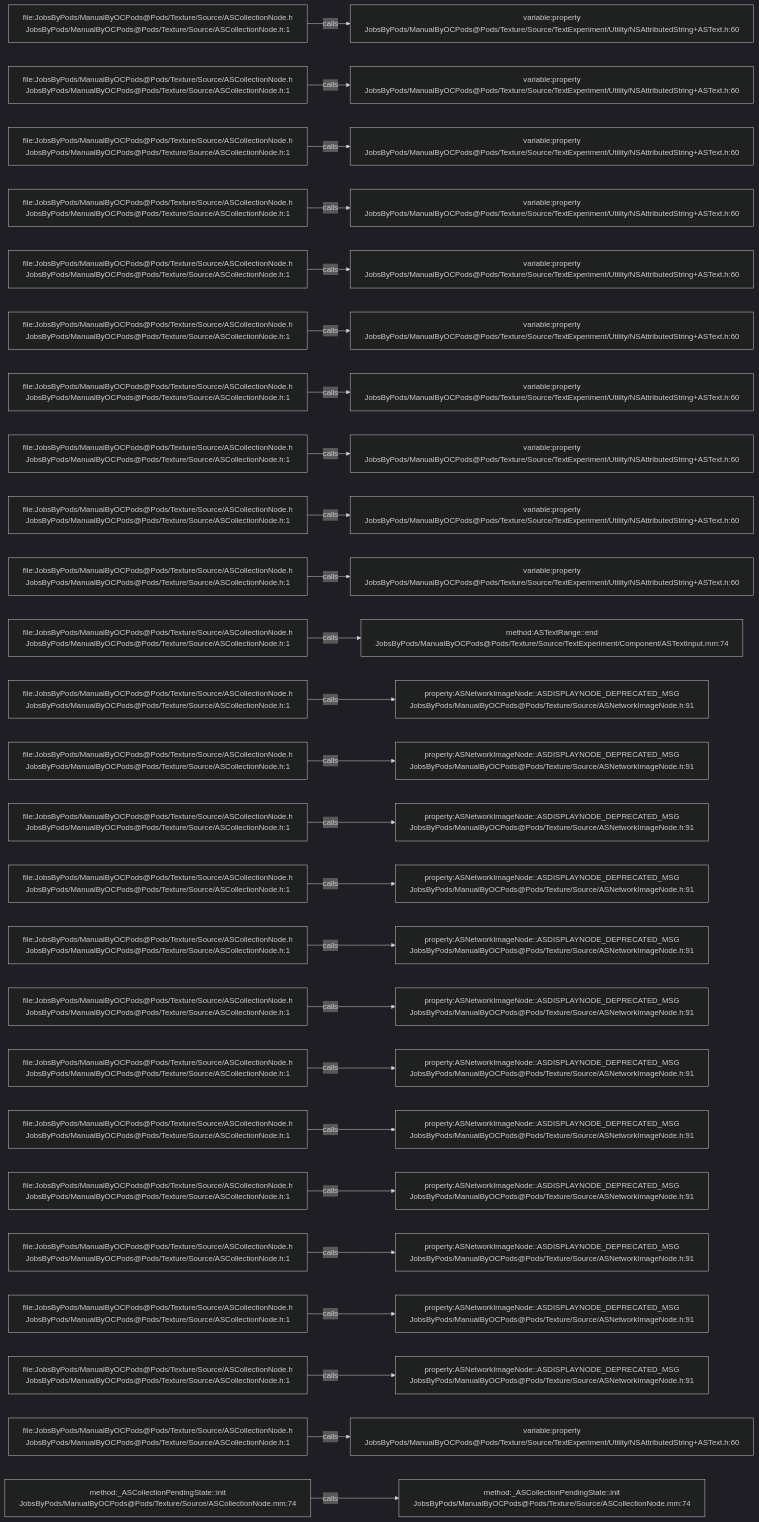
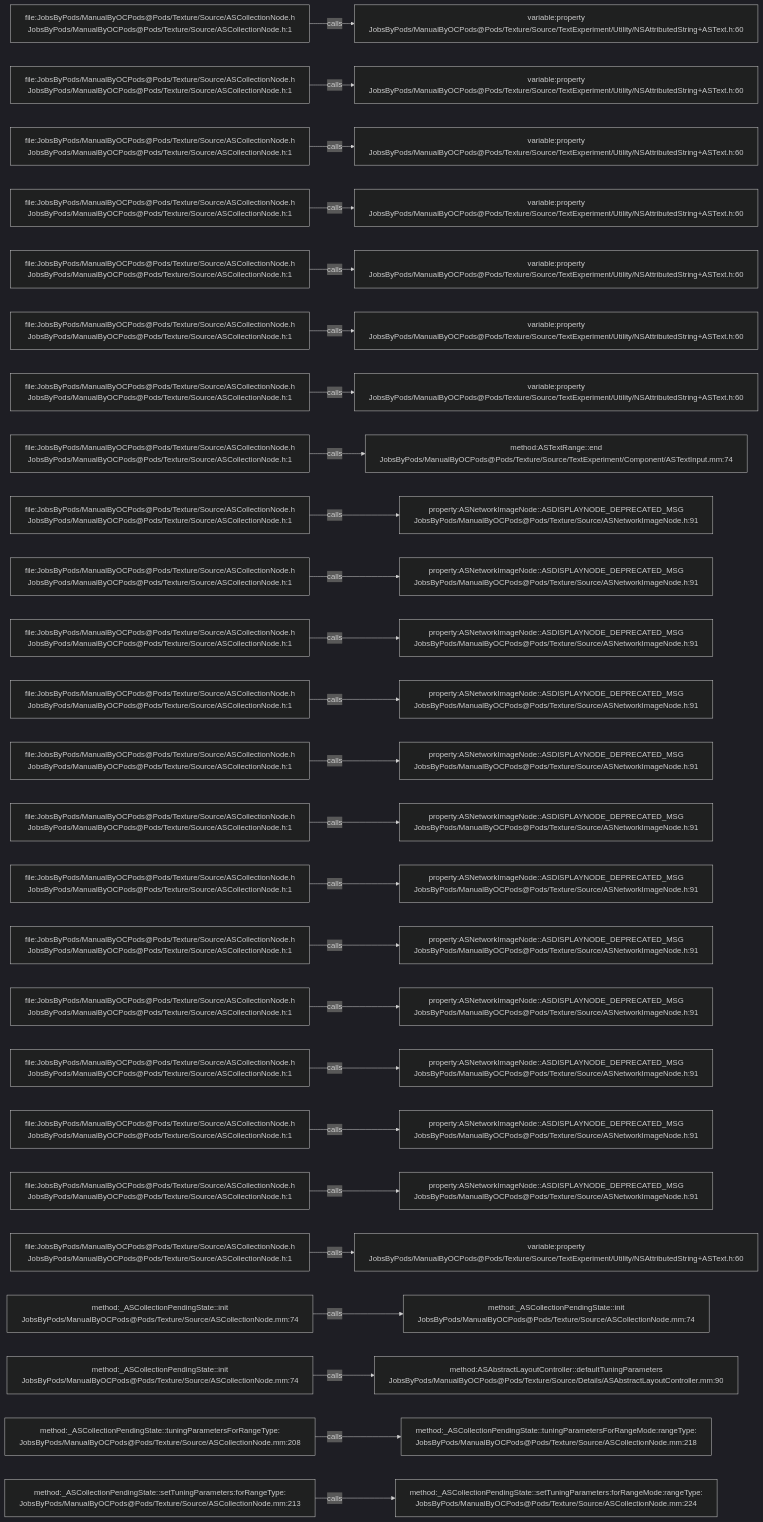
Before and after one commit to JobsKits/JobsOCBaseConfigDemo: the diagram in .codegraph/codegraph.md/graphs/calls-077.md, drawn with Mermaid (dark theme). The commit also changed 342 other files, not shown here.

````diff
--- a/.codegraph/codegraph.md/graphs/calls-077.md
+++ b/.codegraph/codegraph.md/graphs/calls-077.md
@@ -13,78 +13,78 @@
 ```mermaid
 flowchart LR
   S1["file:JobsByPods/ManualByOCPods@Pods/Texture/Source/ASCollectionNode.h<br/>JobsByPods/ManualByOCPods@Pods/Texture/Source/ASCollectionNode.h:1"]
   T1["variable:property<br/>JobsByPods/ManualByOCPods@Pods/Texture/Source/TextExperiment/Utility/NSAttributedString+ASText.h:60"]
   S1 -->|calls| T1
   S2["file:JobsByPods/ManualByOCPods@Pods/Texture/Source/ASCollectionNode.h<br/>JobsByPods/ManualByOCPods@Pods/Texture/Source/ASCollectionNode.h:1"]
   T2["variable:property<br/>JobsByPods/ManualByOCPods@Pods/Texture/Source/TextExperiment/Utility/NSAttributedString+ASText.h:60"]
   S2 -->|calls| T2
   S3["file:JobsByPods/ManualByOCPods@Pods/Texture/Source/ASCollectionNode.h<br/>JobsByPods/ManualByOCPods@Pods/Texture/Source/ASCollectionNode.h:1"]
   T3["variable:property<br/>JobsByPods/ManualByOCPods@Pods/Texture/Source/TextExperiment/Utility/NSAttributedString+ASText.h:60"]
   S3 -->|calls| T3
   S4["file:JobsByPods/ManualByOCPods@Pods/Texture/Source/ASCollectionNode.h<br/>JobsByPods/ManualByOCPods@Pods/Texture/Source/ASCollectionNode.h:1"]
   T4["variable:property<br/>JobsByPods/ManualByOCPods@Pods/Texture/Source/TextExperiment/Utility/NSAttributedString+ASText.h:60"]
   S4 -->|calls| T4
   S5["file:JobsByPods/ManualByOCPods@Pods/Texture/Source/ASCollectionNode.h<br/>JobsByPods/ManualByOCPods@Pods/Texture/Source/ASCollectionNode.h:1"]
   T5["variable:property<br/>JobsByPods/ManualByOCPods@Pods/Texture/Source/TextExperiment/Utility/NSAttributedString+ASText.h:60"]
   S5 -->|calls| T5
   S6["file:JobsByPods/ManualByOCPods@Pods/Texture/Source/ASCollectionNode.h<br/>JobsByPods/ManualByOCPods@Pods/Texture/Source/ASCollectionNode.h:1"]
   T6["variable:property<br/>JobsByPods/ManualByOCPods@Pods/Texture/Source/TextExperiment/Utility/NSAttributedString+ASText.h:60"]
   S6 -->|calls| T6
   S7["file:JobsByPods/ManualByOCPods@Pods/Texture/Source/ASCollectionNode.h<br/>JobsByPods/ManualByOCPods@Pods/Texture/Source/ASCollectionNode.h:1"]
   T7["variable:property<br/>JobsByPods/ManualByOCPods@Pods/Texture/Source/TextExperiment/Utility/NSAttributedString+ASText.h:60"]
   S7 -->|calls| T7
   S8["file:JobsByPods/ManualByOCPods@Pods/Texture/Source/ASCollectionNode.h<br/>JobsByPods/ManualByOCPods@Pods/Texture/Source/ASCollectionNode.h:1"]
-  T8["variable:property<br/>JobsByPods/ManualByOCPods@Pods/Texture/Source/TextExperiment/Utility/NSAttributedString+ASText.h:60"]
+  T8["method:ASTextRange::end<br/>JobsByPods/ManualByOCPods@Pods/Texture/Source/TextExperiment/Component/ASTextInput.mm:74"]
   S8 -->|calls| T8
   S9["file:JobsByPods/ManualByOCPods@Pods/Texture/Source/ASCollectionNode.h<br/>JobsByPods/ManualByOCPods@Pods/Texture/Source/ASCollectionNode.h:1"]
-  T9["variable:property<br/>JobsByPods/ManualByOCPods@Pods/Texture/Source/TextExperiment/Utility/NSAttributedString+ASText.h:60"]
+  T9["property:ASNetworkImageNode::ASDISPLAYNODE_DEPRECATED_MSG<br/>JobsByPods/ManualByOCPods@Pods/Texture/Source/ASNetworkImageNode.h:91"]
   S9 -->|calls| T9
   S10["file:JobsByPods/ManualByOCPods@Pods/Texture/Source/ASCollectionNode.h<br/>JobsByPods/ManualByOCPods@Pods/Texture/Source/ASCollectionNode.h:1"]
-  T10["variable:property<br/>JobsByPods/ManualByOCPods@Pods/Texture/Source/TextExperiment/Utility/NSAttributedString+ASText.h:60"]
+  T10["property:ASNetworkImageNode::ASDISPLAYNODE_DEPRECATED_MSG<br/>JobsByPods/ManualByOCPods@Pods/Texture/Source/ASNetworkImageNode.h:91"]
   S10 -->|calls| T10
   S11["file:JobsByPods/ManualByOCPods@Pods/Texture/Source/ASCollectionNode.h<br/>JobsByPods/ManualByOCPods@Pods/Texture/Source/ASCollectionNode.h:1"]
-  T11["method:ASTextRange::end<br/>JobsByPods/ManualByOCPods@Pods/Texture/Source/TextExperiment/Component/ASTextInput.mm:74"]
+  T11["property:ASNetworkImageNode::ASDISPLAYNODE_DEPRECATED_MSG<br/>JobsByPods/ManualByOCPods@Pods/Texture/Source/ASNetworkImageNode.h:91"]
   S11 -->|calls| T11
   S12["file:JobsByPods/ManualByOCPods@Pods/Texture/Source/ASCollectionNode.h<br/>JobsByPods/ManualByOCPods@Pods/Texture/Source/ASCollectionNode.h:1"]
   T12["property:ASNetworkImageNode::ASDISPLAYNODE_DEPRECATED_MSG<br/>JobsByPods/ManualByOCPods@Pods/Texture/Source/ASNetworkImageNode.h:91"]
   S12 -->|calls| T12
   S13["file:JobsByPods/ManualByOCPods@Pods/Texture/Source/ASCollectionNode.h<br/>JobsByPods/ManualByOCPods@Pods/Texture/Source/ASCollectionNode.h:1"]
   T13["property:ASNetworkImageNode::ASDISPLAYNODE_DEPRECATED_MSG<br/>JobsByPods/ManualByOCPods@Pods/Texture/Source/ASNetworkImageNode.h:91"]
   S13 -->|calls| T13
   S14["file:JobsByPods/ManualByOCPods@Pods/Texture/Source/ASCollectionNode.h<br/>JobsByPods/ManualByOCPods@Pods/Texture/Source/ASCollectionNode.h:1"]
   T14["property:ASNetworkImageNode::ASDISPLAYNODE_DEPRECATED_MSG<br/>JobsByPods/ManualByOCPods@Pods/Texture/Source/ASNetworkImageNode.h:91"]
   S14 -->|calls| T14
   S15["file:JobsByPods/ManualByOCPods@Pods/Texture/Source/ASCollectionNode.h<br/>JobsByPods/ManualByOCPods@Pods/Texture/Source/ASCollectionNode.h:1"]
   T15["property:ASNetworkImageNode::ASDISPLAYNODE_DEPRECATED_MSG<br/>JobsByPods/ManualByOCPods@Pods/Texture/Source/ASNetworkImageNode.h:91"]
   S15 -->|calls| T15
   S16["file:JobsByPods/ManualByOCPods@Pods/Texture/Source/ASCollectionNode.h<br/>JobsByPods/ManualByOCPods@Pods/Texture/Source/ASCollectionNode.h:1"]
   T16["property:ASNetworkImageNode::ASDISPLAYNODE_DEPRECATED_MSG<br/>JobsByPods/ManualByOCPods@Pods/Texture/Source/ASNetworkImageNode.h:91"]
   S16 -->|calls| T16
   S17["file:JobsByPods/ManualByOCPods@Pods/Texture/Source/ASCollectionNode.h<br/>JobsByPods/ManualByOCPods@Pods/Texture/Source/ASCollectionNode.h:1"]
   T17["property:ASNetworkImageNode::ASDISPLAYNODE_DEPRECATED_MSG<br/>JobsByPods/ManualByOCPods@Pods/Texture/Source/ASNetworkImageNode.h:91"]
   S17 -->|calls| T17
   S18["file:JobsByPods/ManualByOCPods@Pods/Texture/Source/ASCollectionNode.h<br/>JobsByPods/ManualByOCPods@Pods/Texture/Source/ASCollectionNode.h:1"]
   T18["property:ASNetworkImageNode::ASDISPLAYNODE_DEPRECATED_MSG<br/>JobsByPods/ManualByOCPods@Pods/Texture/Source/ASNetworkImageNode.h:91"]
   S18 -->|calls| T18
   S19["file:JobsByPods/ManualByOCPods@Pods/Texture/Source/ASCollectionNode.h<br/>JobsByPods/ManualByOCPods@Pods/Texture/Source/ASCollectionNode.h:1"]
   T19["property:ASNetworkImageNode::ASDISPLAYNODE_DEPRECATED_MSG<br/>JobsByPods/ManualByOCPods@Pods/Texture/Source/ASNetworkImageNode.h:91"]
   S19 -->|calls| T19
   S20["file:JobsByPods/ManualByOCPods@Pods/Texture/Source/ASCollectionNode.h<br/>JobsByPods/ManualByOCPods@Pods/Texture/Source/ASCollectionNode.h:1"]
   T20["property:ASNetworkImageNode::ASDISPLAYNODE_DEPRECATED_MSG<br/>JobsByPods/ManualByOCPods@Pods/Texture/Source/ASNetworkImageNode.h:91"]
   S20 -->|calls| T20
   S21["file:JobsByPods/ManualByOCPods@Pods/Texture/Source/ASCollectionNode.h<br/>JobsByPods/ManualByOCPods@Pods/Texture/Source/ASCollectionNode.h:1"]
-  T21["property:ASNetworkImageNode::ASDISPLAYNODE_DEPRECATED_MSG<br/>JobsByPods/ManualByOCPods@Pods/Texture/Source/ASNetworkImageNode.h:91"]
+  T21["variable:property<br/>JobsByPods/ManualByOCPods@Pods/Texture/Source/TextExperiment/Utility/NSAttributedString+ASText.h:60"]
   S21 -->|calls| T21
-  S22["file:JobsByPods/ManualByOCPods@Pods/Texture/Source/ASCollectionNode.h<br/>JobsByPods/ManualByOCPods@Pods/Texture/Source/ASCollectionNode.h:1"]
-  T22["property:ASNetworkImageNode::ASDISPLAYNODE_DEPRECATED_MSG<br/>JobsByPods/ManualByOCPods@Pods/Texture/Source/ASNetworkImageNode.h:91"]
+  S22["method:_ASCollectionPendingState::init<br/>JobsByPods/ManualByOCPods@Pods/Texture/Source/ASCollectionNode.mm:74"]
+  T22["method:_ASCollectionPendingState::init<br/>JobsByPods/ManualByOCPods@Pods/Texture/Source/ASCollectionNode.mm:74"]
   S22 -->|calls| T22
-  S23["file:JobsByPods/ManualByOCPods@Pods/Texture/Source/ASCollectionNode.h<br/>JobsByPods/ManualByOCPods@Pods/Texture/Source/ASCollectionNode.h:1"]
-  T23["property:ASNetworkImageNode::ASDISPLAYNODE_DEPRECATED_MSG<br/>JobsByPods/ManualByOCPods@Pods/Texture/Source/ASNetworkImageNode.h:91"]
+  S23["method:_ASCollectionPendingState::init<br/>JobsByPods/ManualByOCPods@Pods/Texture/Source/ASCollectionNode.mm:74"]
+  T23["method:ASAbstractLayoutController::defaultTuningParameters<br/>JobsByPods/ManualByOCPods@Pods/Texture/Source/Details/ASAbstractLayoutController.mm:90"]
   S23 -->|calls| T23
-  S24["file:JobsByPods/ManualByOCPods@Pods/Texture/Source/ASCollectionNode.h<br/>JobsByPods/ManualByOCPods@Pods/Texture/Source/ASCollectionNode.h:1"]
-  T24["variable:property<br/>JobsByPods/ManualByOCPods@Pods/Texture/Source/TextExperiment/Utility/NSAttributedString+ASText.h:60"]
+  S24["method:_ASCollectionPendingState::tuningParametersForRangeType:<br/>JobsByPods/ManualByOCPods@Pods/Texture/Source/ASCollectionNode.mm:208"]
+  T24["method:_ASCollectionPendingState::tuningParametersForRangeMode:rangeType:<br/>JobsByPods/ManualByOCPods@Pods/Texture/Source/ASCollectionNode.mm:218"]
   S24 -->|calls| T24
-  S25["method:_ASCollectionPendingState::init<br/>JobsByPods/ManualByOCPods@Pods/Texture/Source/ASCollectionNode.mm:74"]
-  T25["method:_ASCollectionPendingState::init<br/>JobsByPods/ManualByOCPods@Pods/Texture/Source/ASCollectionNode.mm:74"]
+  S25["method:_ASCollectionPendingState::setTuningParameters:forRangeType:<br/>JobsByPods/ManualByOCPods@Pods/Texture/Source/ASCollectionNode.mm:213"]
+  T25["method:_ASCollectionPendingState::setTuningParameters:forRangeMode:rangeType:<br/>JobsByPods/ManualByOCPods@Pods/Texture/Source/ASCollectionNode.mm:224"]
   S25 -->|calls| T25
 ```
````
